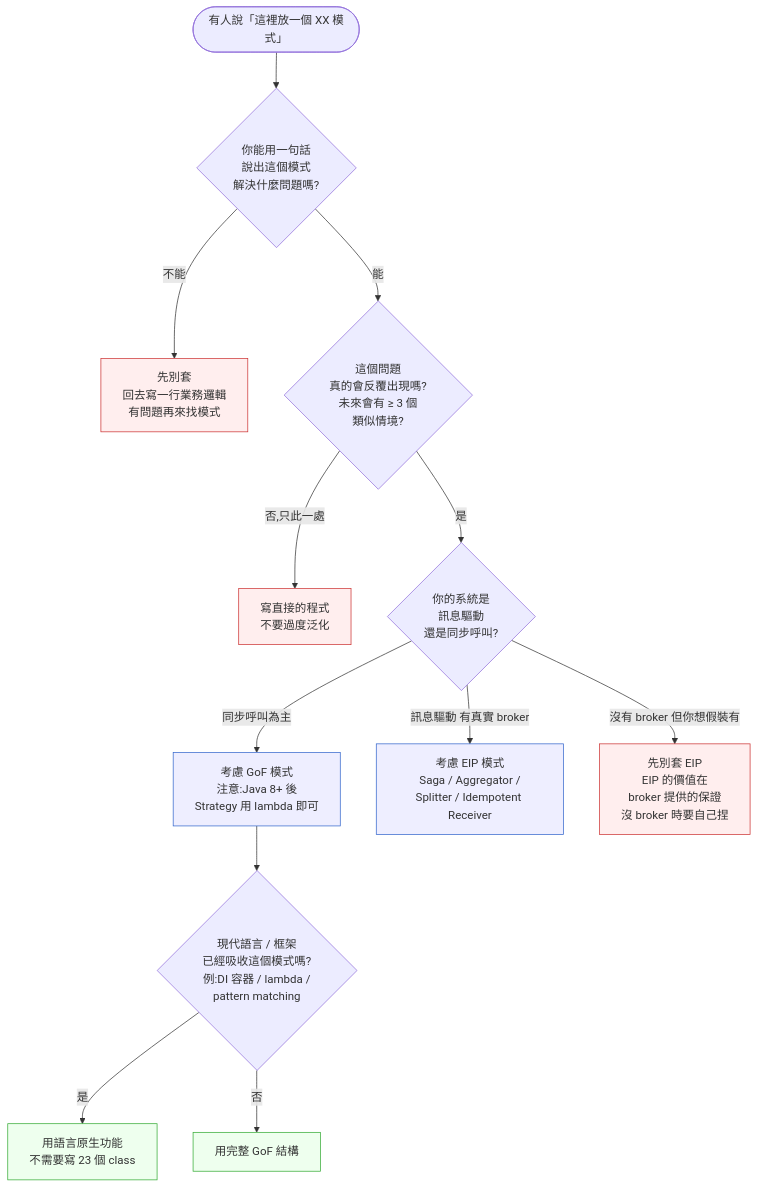
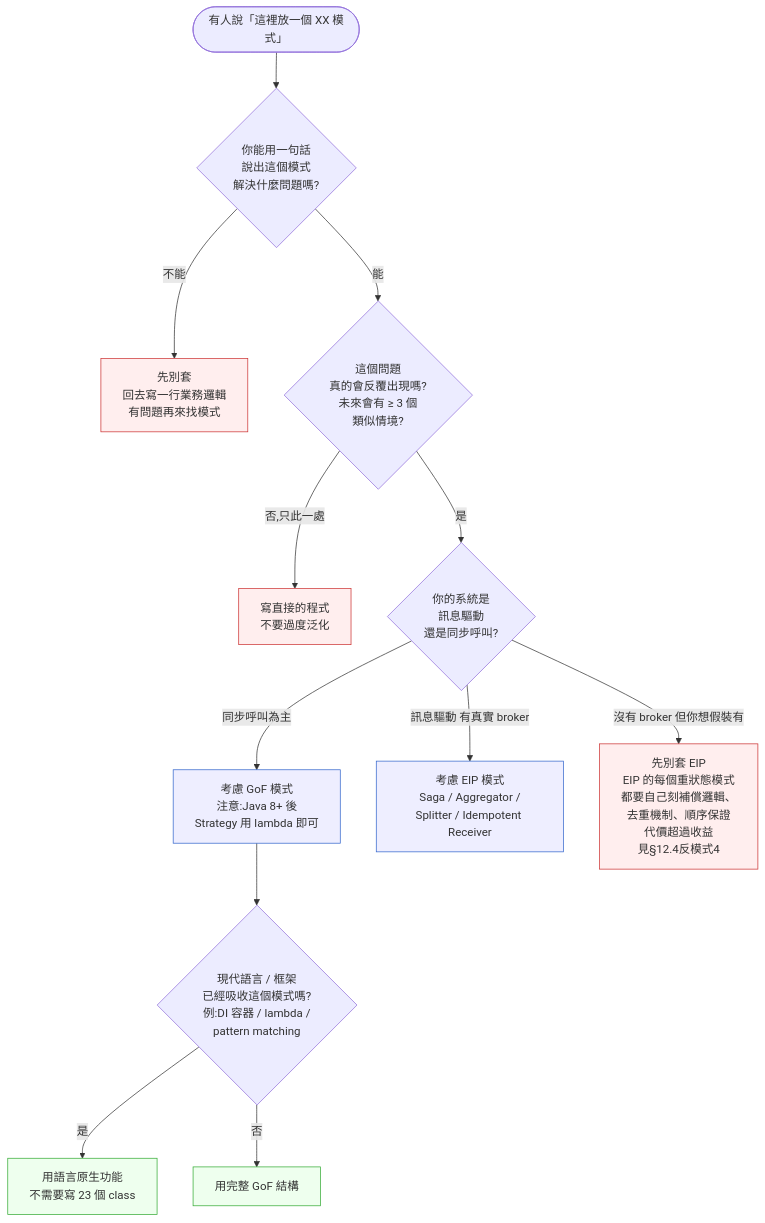
One commit to EddyKuo/sa-sd-playbook changed the second of 4 diagrams in book/part-03-design/ch-12-design-patterns.md. Above: the diagram before and after it, drawn with Mermaid. The commit also changed other lines of this file and 53 other files, not shown here.

````diff
--- a/book/part-03-design/ch-12-design-patterns.md
+++ b/book/part-03-design/ch-12-design-patterns.md
@@ -150,22 +138,22 @@
 ```mermaid
 flowchart TD
     Start([有人說「這裡放一個 XX 模式」]) --> Q1{你能用一句話<br/>說出這個模式<br/>解決什麼問題嗎?}
     Q1 -->|不能| NO1[先別套<br/>回去寫一行業務邏輯<br/>有問題再來找模式]
     Q1 -->|能| Q2{這個問題<br/>真的會反覆出現嗎?<br/>未來會有 ≥ 3 個<br/>類似情境?}
     Q2 -->|否,只此一處| NO2[寫直接的程式<br/>不要過度泛化]
     Q2 -->|是| Q3{你的系統是<br/>訊息驅動<br/>還是同步呼叫?}
     Q3 -->|同步呼叫為主| GOF[考慮 GoF 模式<br/>注意:Java 8+ 後<br/>Strategy 用 lambda 即可]
     Q3 -->|訊息驅動 有真實 broker| EIP[考慮 EIP 模式<br/>Saga / Aggregator /<br/>Splitter / Idempotent Receiver]
-    Q3 -->|沒有 broker 但你想假裝有| NO3[先別套 EIP<br/>EIP 的價值在<br/>broker 提供的保證<br/>沒 broker 時要自己捏]
+    Q3 -->|沒有 broker 但你想假裝有| NO3[先別套 EIP<br/>EIP 的每個重狀態模式<br/>都要自己刻補償邏輯、<br/>去重機制、順序保證<br/>代價超過收益<br/>見§12.4反模式4]
 
     GOF --> Q4{現代語言 / 框架<br/>已經吸收這個模式嗎?<br/>例:DI 容器 / lambda /<br/>pattern matching}
     Q4 -->|是| LIGHT[用語言原生功能<br/>不需要寫 23 個 class]
     Q4 -->|否| FULL[用完整 GoF 結構]
 
     classDef hot fill:#fee,stroke:#c33
     classDef cold fill:#eef,stroke:#36c
     classDef goal fill:#efe,stroke:#3a3
     class NO1,NO2,NO3 hot
     class GOF,EIP cold
     class LIGHT,FULL goal
 ```
````
